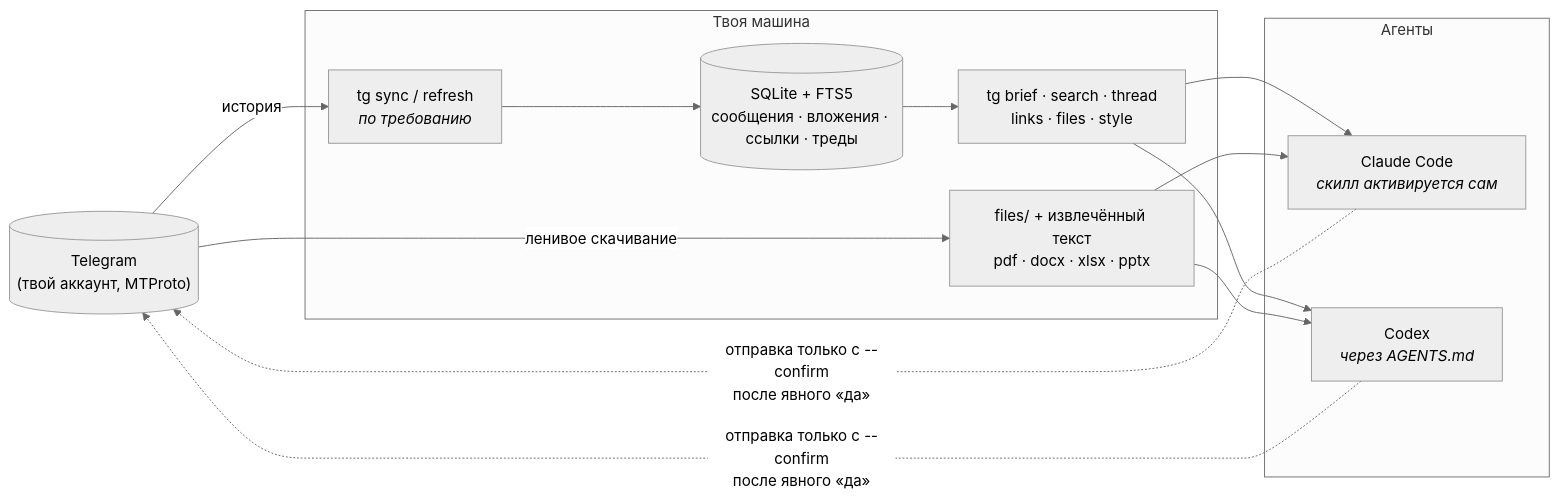
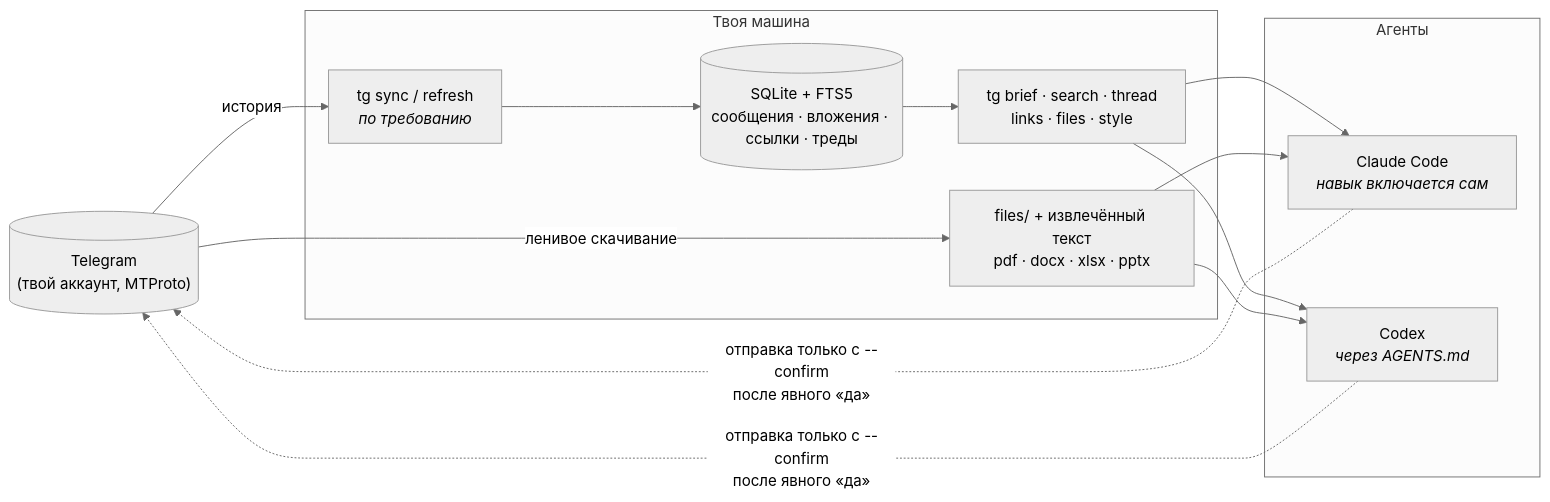
Before and after one commit to voftik/telegram-to-agent-skill-cli: the diagram in README.ru.md, drawn with Mermaid (neutral theme). The commit also changed other lines of this file and 12 other files, not shown here.

````diff
--- a/README.ru.md
+++ b/README.ru.md
@@ -35,20 +65,20 @@
 ```mermaid
 flowchart LR
     TG[("Telegram<br/>(твой аккаунт, MTProto)")]
     subgraph LOCAL["Твоя машина"]
         SYNC["tg sync / refresh<br/><i>по требованию</i>"]
         DB[("SQLite + FTS5<br/>сообщения · вложения · ссылки · треды")]
         FILES["files/ + извлечённый текст<br/>pdf · docx · xlsx · pptx"]
         QUERY["tg brief · search · thread<br/>links · files · style"]
     end
     subgraph AGENTS["Агенты"]
-        CC["Claude Code<br/><i>скилл активируется сам</i>"]
+        CC["Claude Code<br/><i>навык включается сам</i>"]
         CX["Codex<br/><i>через AGENTS.md</i>"]
     end
     TG -->|история| SYNC --> DB
     TG -->|ленивое скачивание| FILES
     DB --> QUERY
     QUERY --> CC & CX
     FILES --> CC & CX
     CC & CX -.->|"отправка только с --confirm<br/>после явного «да»"| TG
 ```
````
